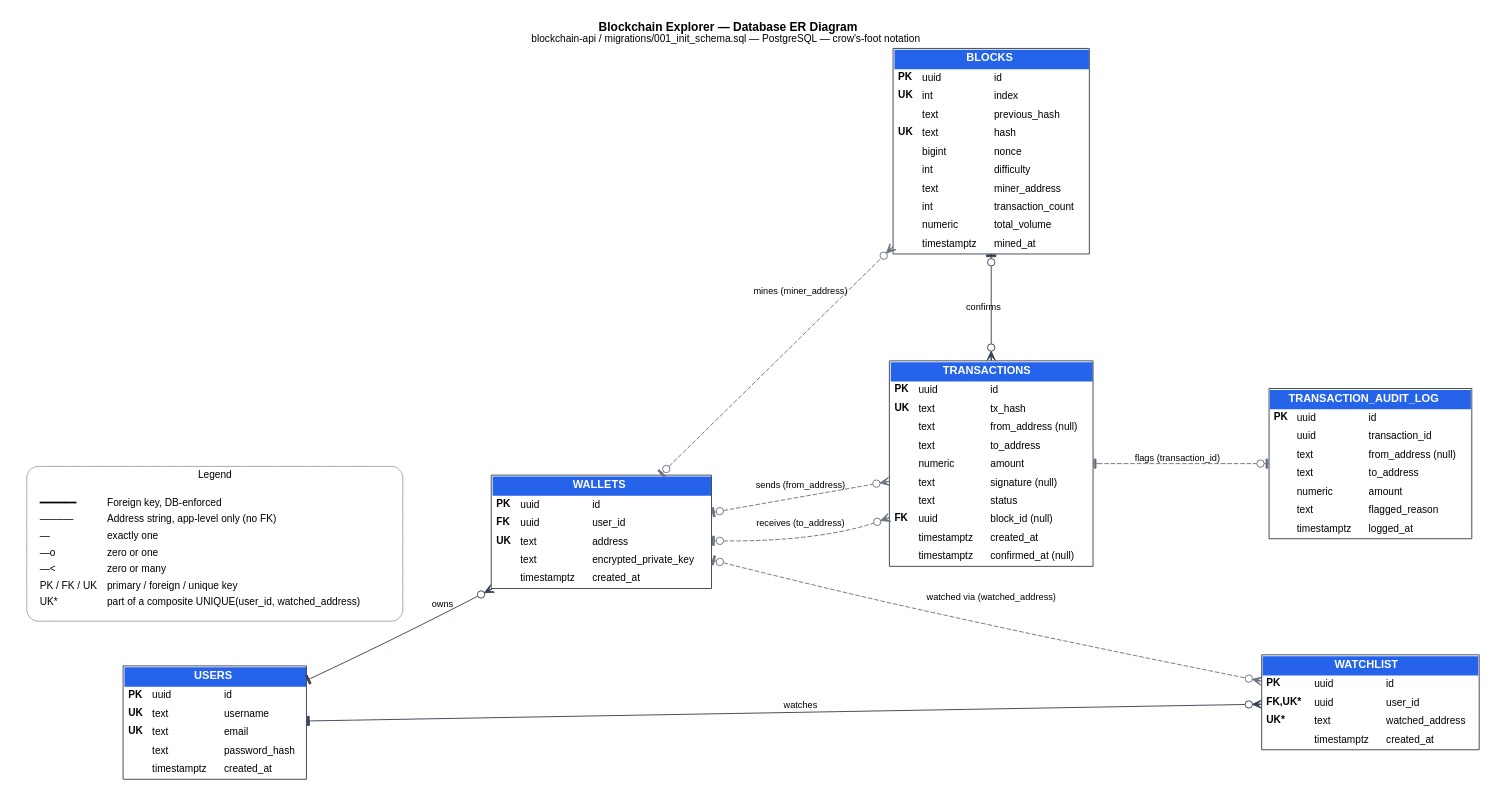
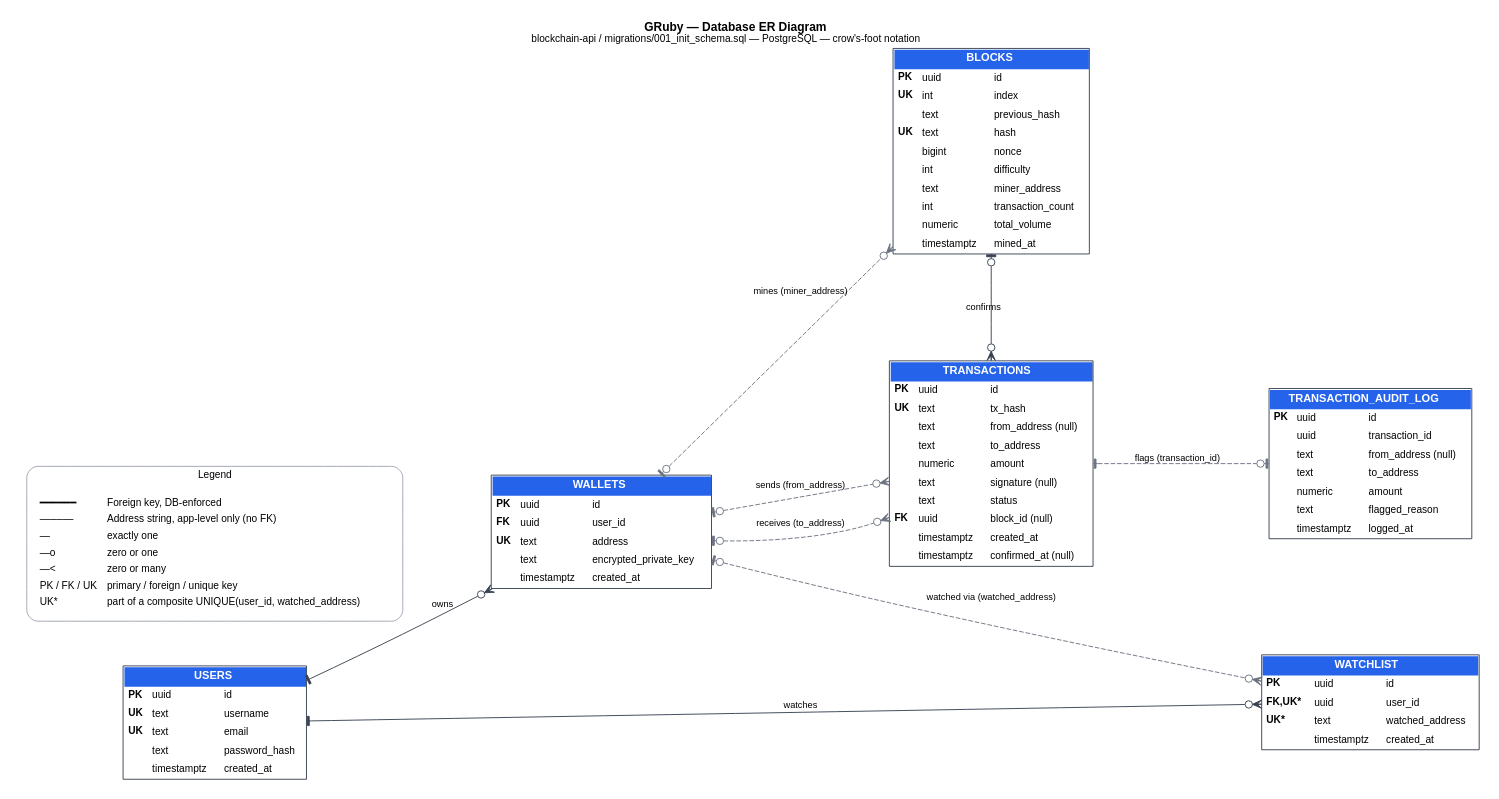
One commit to SagoRohit/blockchain-engine-ts changed the diagram in docs/database/er-diagram.dot. Above: the diagram before and after it, drawn with Graphviz. The commit also changed 4 other files, not shown here.

```diff
--- a/docs/database/er-diagram.dot
+++ b/docs/database/er-diagram.dot
@@ -1,138 +1,138 @@
 // ER diagram for blockchain-api/migrations/001_init_schema.sql.
 // Regenerate after schema changes: dot -Tpdf er-diagram.dot -o er-diagram.pdf
 // (requires Graphviz: apt install graphviz / brew install graphviz)
 digraph ERD {
     rankdir=LR;
     graph [
         fontname="Helvetica",
         fontsize=13,
-        label=<<B>Blockchain Explorer &#8212; Database ER Diagram</B><BR/><FONT POINT-SIZE="11">blockchain-api / migrations/001_init_schema.sql &#8212; PostgreSQL &#8212; crow's-foot notation</FONT>>,
+        label=<<B>GRuby &#8212; Database ER Diagram</B><BR/><FONT POINT-SIZE="11">blockchain-api / migrations/001_init_schema.sql &#8212; PostgreSQL &#8212; crow's-foot notation</FONT>>,
         labelloc=t,
         pad=0.15,
         nodesep=0.8,
         ranksep=1.1,
         splines=spline,
         size="17,11",
         bgcolor=white
     ];
     node [shape=plain, fontname="Helvetica", fontsize=11];
     edge [fontname="Helvetica", fontsize=10, color="#374151", labeldistance=2];
 
     // ------------------------------------------------------------------
     // Entities
     // ------------------------------------------------------------------
 
     USERS [label=<
 <TABLE BORDER="1" CELLBORDER="0" CELLSPACING="0" CELLPADDING="4" COLOR="#374151">
 <TR><TD BGCOLOR="#2563eb" COLSPAN="3"><FONT COLOR="white" POINT-SIZE="12"><B>USERS</B></FONT></TD></TR>
 <TR><TD ALIGN="LEFT"><B>PK</B></TD><TD ALIGN="LEFT">uuid</TD><TD ALIGN="LEFT">id</TD></TR>
 <TR><TD ALIGN="LEFT"><B>UK</B></TD><TD ALIGN="LEFT">text</TD><TD ALIGN="LEFT">username</TD></TR>
 <TR><TD ALIGN="LEFT"><B>UK</B></TD><TD ALIGN="LEFT">text</TD><TD ALIGN="LEFT">email</TD></TR>
 <TR><TD ALIGN="LEFT"></TD><TD ALIGN="LEFT">text</TD><TD ALIGN="LEFT">password_hash</TD></TR>
 <TR><TD ALIGN="LEFT"></TD><TD ALIGN="LEFT">timestamptz</TD><TD ALIGN="LEFT">created_at</TD></TR>
 </TABLE>>];
 
     WALLETS [label=<
 <TABLE BORDER="1" CELLBORDER="0" CELLSPACING="0" CELLPADDING="4" COLOR="#374151">
 <TR><TD BGCOLOR="#2563eb" COLSPAN="3"><FONT COLOR="white" POINT-SIZE="12"><B>WALLETS</B></FONT></TD></TR>
 <TR><TD ALIGN="LEFT"><B>PK</B></TD><TD ALIGN="LEFT">uuid</TD><TD ALIGN="LEFT">id</TD></TR>
 <TR><TD ALIGN="LEFT"><B>FK</B></TD><TD ALIGN="LEFT">uuid</TD><TD ALIGN="LEFT">user_id</TD></TR>
 <TR><TD ALIGN="LEFT"><B>UK</B></TD><TD ALIGN="LEFT">text</TD><TD ALIGN="LEFT">address</TD></TR>
 <TR><TD ALIGN="LEFT"></TD><TD ALIGN="LEFT">text</TD><TD ALIGN="LEFT">encrypted_private_key</TD></TR>
 <TR><TD ALIGN="LEFT"></TD><TD ALIGN="LEFT">timestamptz</TD><TD ALIGN="LEFT">created_at</TD></TR>
 </TABLE>>];
 
     BLOCKS [label=<
 <TABLE BORDER="1" CELLBORDER="0" CELLSPACING="0" CELLPADDING="4" COLOR="#374151">
 <TR><TD BGCOLOR="#2563eb" COLSPAN="3"><FONT COLOR="white" POINT-SIZE="12"><B>BLOCKS</B></FONT></TD></TR>
 <TR><TD ALIGN="LEFT"><B>PK</B></TD><TD ALIGN="LEFT">uuid</TD><TD ALIGN="LEFT">id</TD></TR>
 <TR><TD ALIGN="LEFT"><B>UK</B></TD><TD ALIGN="LEFT">int</TD><TD ALIGN="LEFT">index</TD></TR>
 <TR><TD ALIGN="LEFT"></TD><TD ALIGN="LEFT">text</TD><TD ALIGN="LEFT">previous_hash</TD></TR>
 <TR><TD ALIGN="LEFT"><B>UK</B></TD><TD ALIGN="LEFT">text</TD><TD ALIGN="LEFT">hash</TD></TR>
 <TR><TD ALIGN="LEFT"></TD><TD ALIGN="LEFT">bigint</TD><TD ALIGN="LEFT">nonce</TD></TR>
 <TR><TD ALIGN="LEFT"></TD><TD ALIGN="LEFT">int</TD><TD ALIGN="LEFT">difficulty</TD></TR>
 <TR><TD ALIGN="LEFT"></TD><TD ALIGN="LEFT">text</TD><TD ALIGN="LEFT">miner_address</TD></TR>
 <TR><TD ALIGN="LEFT"></TD><TD ALIGN="LEFT">int</TD><TD ALIGN="LEFT">transaction_count</TD></TR>
 <TR><TD ALIGN="LEFT"></TD><TD ALIGN="LEFT">numeric</TD><TD ALIGN="LEFT">total_volume</TD></TR>
 <TR><TD ALIGN="LEFT"></TD><TD ALIGN="LEFT">timestamptz</TD><TD ALIGN="LEFT">mined_at</TD></TR>
 </TABLE>>];
 
     TRANSACTIONS [label=<
 <TABLE BORDER="1" CELLBORDER="0" CELLSPACING="0" CELLPADDING="4" COLOR="#374151">
 <TR><TD BGCOLOR="#2563eb" COLSPAN="3"><FONT COLOR="white" POINT-SIZE="12"><B>TRANSACTIONS</B></FONT></TD></TR>
 <TR><TD ALIGN="LEFT"><B>PK</B></TD><TD ALIGN="LEFT">uuid</TD><TD ALIGN="LEFT">id</TD></TR>
 <TR><TD ALIGN="LEFT"><B>UK</B></TD><TD ALIGN="LEFT">text</TD><TD ALIGN="LEFT">tx_hash</TD></TR>
 <TR><TD ALIGN="LEFT"></TD><TD ALIGN="LEFT">text</TD><TD ALIGN="LEFT">from_address (null)</TD></TR>
 <TR><TD ALIGN="LEFT"></TD><TD ALIGN="LEFT">text</TD><TD ALIGN="LEFT">to_address</TD></TR>
 <TR><TD ALIGN="LEFT"></TD><TD ALIGN="LEFT">numeric</TD><TD ALIGN="LEFT">amount</TD></TR>
 <TR><TD ALIGN="LEFT"></TD><TD ALIGN="LEFT">text</TD><TD ALIGN="LEFT">signature (null)</TD></TR>
 <TR><TD ALIGN="LEFT"></TD><TD ALIGN="LEFT">text</TD><TD ALIGN="LEFT">status</TD></TR>
 <TR><TD ALIGN="LEFT"><B>FK</B></TD><TD ALIGN="LEFT">uuid</TD><TD ALIGN="LEFT">block_id (null)</TD></TR>
 <TR><TD ALIGN="LEFT"></TD><TD ALIGN="LEFT">timestamptz</TD><TD ALIGN="LEFT">created_at</TD></TR>
 <TR><TD ALIGN="LEFT"></TD><TD ALIGN="LEFT">timestamptz</TD><TD ALIGN="LEFT">confirmed_at (null)</TD></TR>
 </TABLE>>];
 
     WATCHLIST [label=<
 <TABLE BORDER="1" CELLBORDER="0" CELLSPACING="0" CELLPADDING="4" COLOR="#374151">
 <TR><TD BGCOLOR="#2563eb" COLSPAN="3"><FONT COLOR="white" POINT-SIZE="12"><B>WATCHLIST</B></FONT></TD></TR>
 <TR><TD ALIGN="LEFT"><B>PK</B></TD><TD ALIGN="LEFT">uuid</TD><TD ALIGN="LEFT">id</TD></TR>
 <TR><TD ALIGN="LEFT"><B>FK,UK*</B></TD><TD ALIGN="LEFT">uuid</TD><TD ALIGN="LEFT">user_id</TD></TR>
 <TR><TD ALIGN="LEFT"><B>UK*</B></TD><TD ALIGN="LEFT">text</TD><TD ALIGN="LEFT">watched_address</TD></TR>
 <TR><TD ALIGN="LEFT"></TD><TD ALIGN="LEFT">timestamptz</TD><TD ALIGN="LEFT">created_at</TD></TR>
 </TABLE>>];
 
     TRANSACTION_AUDIT_LOG [label=<
 <TABLE BORDER="1" CELLBORDER="0" CELLSPACING="0" CELLPADDING="4" COLOR="#374151">
 <TR><TD BGCOLOR="#2563eb" COLSPAN="3"><FONT COLOR="white" POINT-SIZE="12"><B>TRANSACTION_AUDIT_LOG</B></FONT></TD></TR>
 <TR><TD ALIGN="LEFT"><B>PK</B></TD><TD ALIGN="LEFT">uuid</TD><TD ALIGN="LEFT">id</TD></TR>
 <TR><TD ALIGN="LEFT"></TD><TD ALIGN="LEFT">uuid</TD><TD ALIGN="LEFT">transaction_id</TD></TR>
 <TR><TD ALIGN="LEFT"></TD><TD ALIGN="LEFT">text</TD><TD ALIGN="LEFT">from_address (null)</TD></TR>
 <TR><TD ALIGN="LEFT"></TD><TD ALIGN="LEFT">text</TD><TD ALIGN="LEFT">to_address</TD></TR>
 <TR><TD ALIGN="LEFT"></TD><TD ALIGN="LEFT">numeric</TD><TD ALIGN="LEFT">amount</TD></TR>
 <TR><TD ALIGN="LEFT"></TD><TD ALIGN="LEFT">text</TD><TD ALIGN="LEFT">flagged_reason</TD></TR>
 <TR><TD ALIGN="LEFT"></TD><TD ALIGN="LEFT">timestamptz</TD><TD ALIGN="LEFT">logged_at</TD></TR>
 </TABLE>>];
 
     // ------------------------------------------------------------------
     // Real foreign-key constraints (solid lines)
     // ------------------------------------------------------------------
     USERS -> WALLETS [dir=both, arrowtail=tee, arrowhead=crowodot, style=solid, label="owns"];
     USERS -> WATCHLIST [dir=both, arrowtail=tee, arrowhead=crowodot, style=solid, label="watches"];
     BLOCKS -> TRANSACTIONS [dir=both, arrowtail=teeodot, arrowhead=crowodot, style=solid, label="confirms"];
 
     // ------------------------------------------------------------------
     // Address-string references: app-enforced or unenforced (dashed lines)
     // ------------------------------------------------------------------
     WALLETS -> TRANSACTIONS [dir=both, arrowtail=teeodot, arrowhead=crowodot, style=dashed, color="#6b7280", label="sends (from_address)"];
     WALLETS -> TRANSACTIONS [dir=both, arrowtail=teeodot, arrowhead=crowodot, style=dashed, color="#6b7280", label="receives (to_address)"];
     WALLETS -> BLOCKS [dir=both, arrowtail=teeodot, arrowhead=crowodot, style=dashed, color="#6b7280", label="mines (miner_address)"];
     WALLETS -> WATCHLIST [dir=both, arrowtail=teeodot, arrowhead=crowodot, style=dashed, color="#6b7280", label="watched via (watched_address)"];
     TRANSACTIONS -> TRANSACTION_AUDIT_LOG [dir=both, arrowtail=tee, arrowhead=teeodot, style=dashed, color="#6b7280", label="flags (transaction_id)"];
 
     // ------------------------------------------------------------------
     // Legend
     // ------------------------------------------------------------------
     subgraph cluster_legend {
         label="Legend";
         fontsize=11;
         style=rounded;
         color="#9ca3af";
         margin=10;
 
         legend [shape=plain, label=<
 <TABLE BORDER="0" CELLBORDER="0" CELLSPACING="2" CELLPADDING="2">
 <TR><TD ALIGN="LEFT">&#9473;&#9473;&#9473;&#9473;&#9473;&#9473;</TD><TD ALIGN="LEFT">Foreign key, DB-enforced</TD></TR>
 <TR><TD ALIGN="LEFT">&#8210;&#8210;&#8210;&#8210;&#8210;&#8210;</TD><TD ALIGN="LEFT">Address string, app-level only (no FK)</TD></TR>
 <TR><TD ALIGN="LEFT"> &#8212; </TD><TD ALIGN="LEFT">exactly one</TD></TR>
 <TR><TD ALIGN="LEFT"> &#8212;o </TD><TD ALIGN="LEFT">zero or one</TD></TR>
 <TR><TD ALIGN="LEFT"> &#8212;&lt; </TD><TD ALIGN="LEFT">zero or many</TD></TR>
 <TR><TD ALIGN="LEFT">PK / FK / UK</TD><TD ALIGN="LEFT">primary / foreign / unique key</TD></TR>
 <TR><TD ALIGN="LEFT">UK*</TD><TD ALIGN="LEFT">part of a composite UNIQUE(user_id, watched_address)</TD></TR>
 </TABLE>>];
     }
 
     { rank=same; USERS; }
     { rank=same; WALLETS; }
     { rank=same; BLOCKS; TRANSACTIONS; }
     { rank=same; WATCHLIST; TRANSACTION_AUDIT_LOG; }
 }
```
